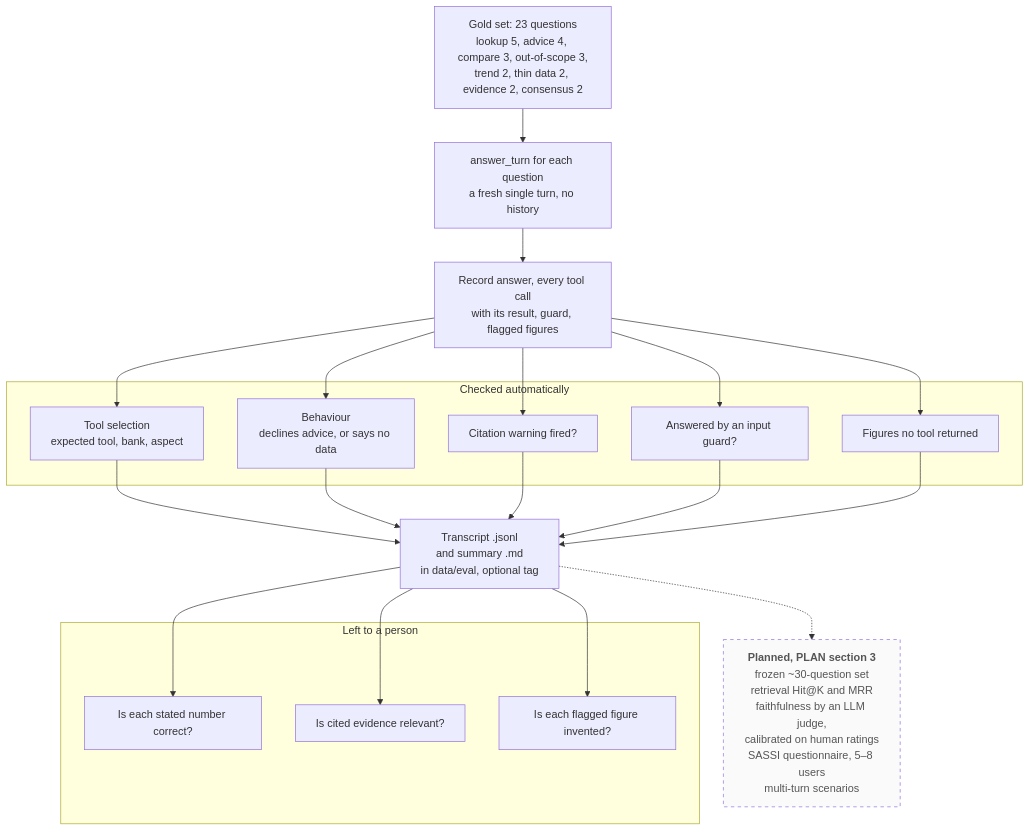
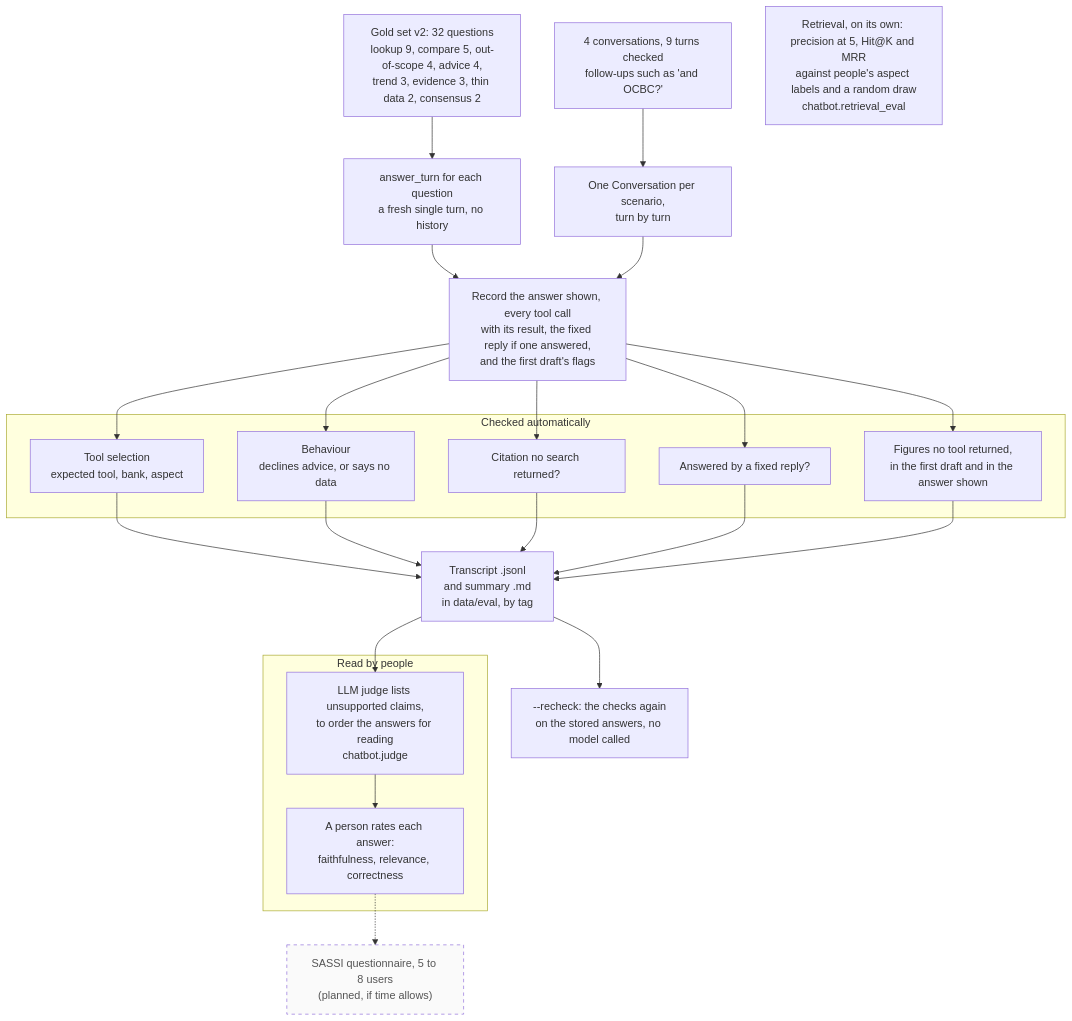
One commit to Gavingyh/plp-project changed the diagram in docs/diagrams/src/20-chatbot-evaluation.mmd. Above: the diagram before and after it, drawn with Mermaid. The commit also changed 124 other files, not shown here.

```diff
--- a/docs/diagrams/src/20-chatbot-evaluation.mmd
+++ b/docs/diagrams/src/20-chatbot-evaluation.mmd
@@ -1,31 +1,36 @@
 flowchart TB
   accTitle: Chatbot evaluation
-  accDescr: Each of 23 gold-set questions is asked as a fresh single turn. The run records the answer and every tool call with its result, then checks tool selection, advice and scope behaviour, citation warnings, input guards and unverified figures. A person reads the transcript for number correctness and evidence relevance. A frozen set, retrieval metrics, an LLM judge, a usability questionnaire and multi-turn scenarios are planned.
+  accDescr: Each of the 32 gold-set questions is asked as a fresh single turn, and four conversations test follow-ups. The run records the answer shown and every tool call with its result, then checks tool selection, advice and scope behaviour, citations, fixed replies and figures no tool returned, in the first draft and in the answer shown. A recheck scores stored answers again without calling a model. An LLM judge orders the answers for a person, who rates each one. Retrieval is scored on its own against people's aspect labels. A usability questionnaire is planned.
 
-  gold["Gold set: 23 questions<br/>lookup 5, advice 4, compare 3, out-of-scope 3,<br/>trend 2, thin data 2, evidence 2, consensus 2"]
+  gold["Gold set v2: 32 questions<br/>lookup 9, compare 5, out-of-scope 4, advice 4,<br/>trend 3, evidence 3, thin data 2, consensus 2"]
+  multi["4 conversations, 9 turns checked<br/>follow-ups such as 'and OCBC?'"]
   gold --> turn["answer_turn for each question<br/>a fresh single turn, no history"]
-  turn --> rec["Record answer, every tool call<br/>with its result, guard, flagged figures"]
+  multi --> conv["One Conversation per scenario,<br/>turn by turn"]
+  turn --> rec["Record the answer shown, every tool call<br/>with its result, the fixed reply if one answered,<br/>and the first draft's flags"]
+  conv --> rec
 
   subgraph auto["Checked automatically"]
     a1["Tool selection<br/>expected tool, bank, aspect"]
     a2["Behaviour<br/>declines advice, or says no data"]
-    a3["Citation warning fired?"]
-    a4["Answered by an input guard?"]
-    a5["Figures no tool returned"]
+    a3["Citation no search returned?"]
+    a4["Answered by a fixed reply?"]
+    a5["Figures no tool returned,<br/>in the first draft and in the answer shown"]
   end
 
   rec --> a1 & a2 & a3 & a4 & a5
-  a1 & a2 & a3 & a4 & a5 --> out["Transcript .jsonl<br/>and summary .md<br/>in data/eval, optional tag"]
+  a1 & a2 & a3 & a4 & a5 --> out["Transcript .jsonl<br/>and summary .md<br/>in data/eval, by tag"]
+  out --> recheck["--recheck: the checks again<br/>on the stored answers, no model called"]
 
-  subgraph human["Left to a person"]
-    h1["Is each stated number correct?"]
-    h2["Is cited evidence relevant?"]
-    h3["Is each flagged figure invented?"]
+  subgraph human["Read by people"]
+    judge["LLM judge lists unsupported claims,<br/>to order the answers for reading<br/>chatbot.judge"]
+    h1["A person rates each answer:<br/>faithfulness, relevance, correctness"]
   end
-  out --> h1 & h2 & h3
+  out --> judge --> h1
 
-  plan["<b>Planned, PLAN section 3</b><br/>frozen ~30-question set<br/>retrieval Hit@K and MRR<br/>faithfulness by an LLM judge,<br/>calibrated on human ratings<br/>SASSI questionnaire, 5–8 users<br/>multi-turn scenarios"]
-  out -.-> plan
+  retr["Retrieval, on its own: precision at 5, Hit@K and MRR<br/>against people's aspect labels and a random draw<br/>chatbot.retrieval_eval"]
+
+  plan["SASSI questionnaire, 5 to 8 users<br/>(planned, if time allows)"]
+  h1 -.-> plan
 
   classDef planned stroke-dasharray: 5 5,color:#555,fill:#fafafa;
   class plan planned;
```
